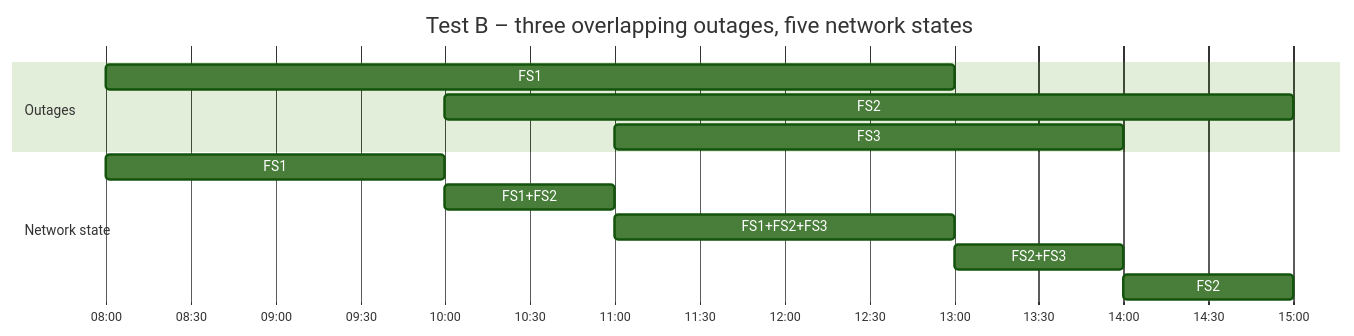
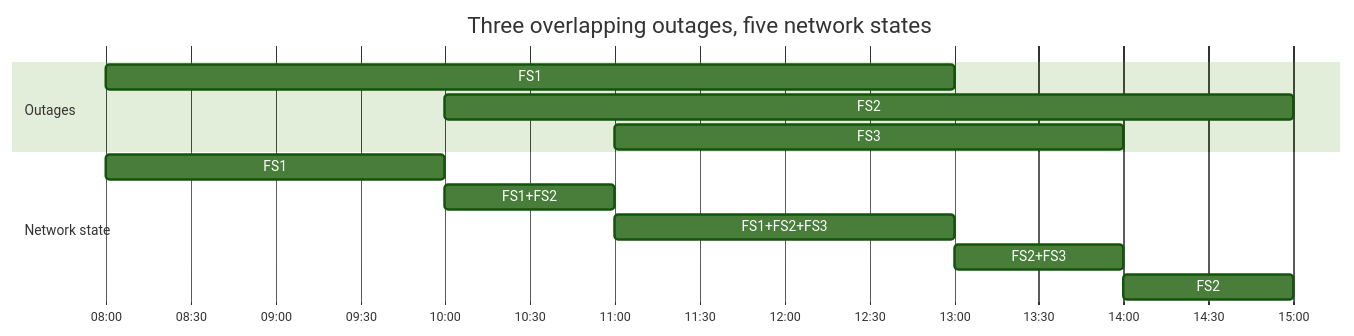
One commit to hadiibrahim-Engin/GridLensAssessment changed the third of 5 diagrams in docs/ARCHITECTURE.md. Above: the diagram before and after it, drawn with Mermaid (forest theme). The commit also changed other lines of this file and 13 other files, not shown here.

````diff
--- a/docs/ARCHITECTURE.md
+++ b/docs/ARCHITECTURE.md
@@ -307,16 +311,16 @@
 ```mermaid
 gantt
-    title Test B – three overlapping outages, five network states
+    title Three overlapping outages, five network states
     dateFormat HH:mm
     axisFormat %H:%M
     section Outages
     FS1 :a1, 08:00, 13:00
     FS2 :a2, 10:00, 15:00
     FS3 :a3, 11:00, 14:00
     section Network state
     FS1           :s1, 08:00, 10:00
     FS1+FS2       :s2, 10:00, 11:00
     FS1+FS2+FS3   :s3, 11:00, 13:00
     FS2+FS3       :s4, 13:00, 14:00
     FS2           :s5, 14:00, 15:00
 ```
````
